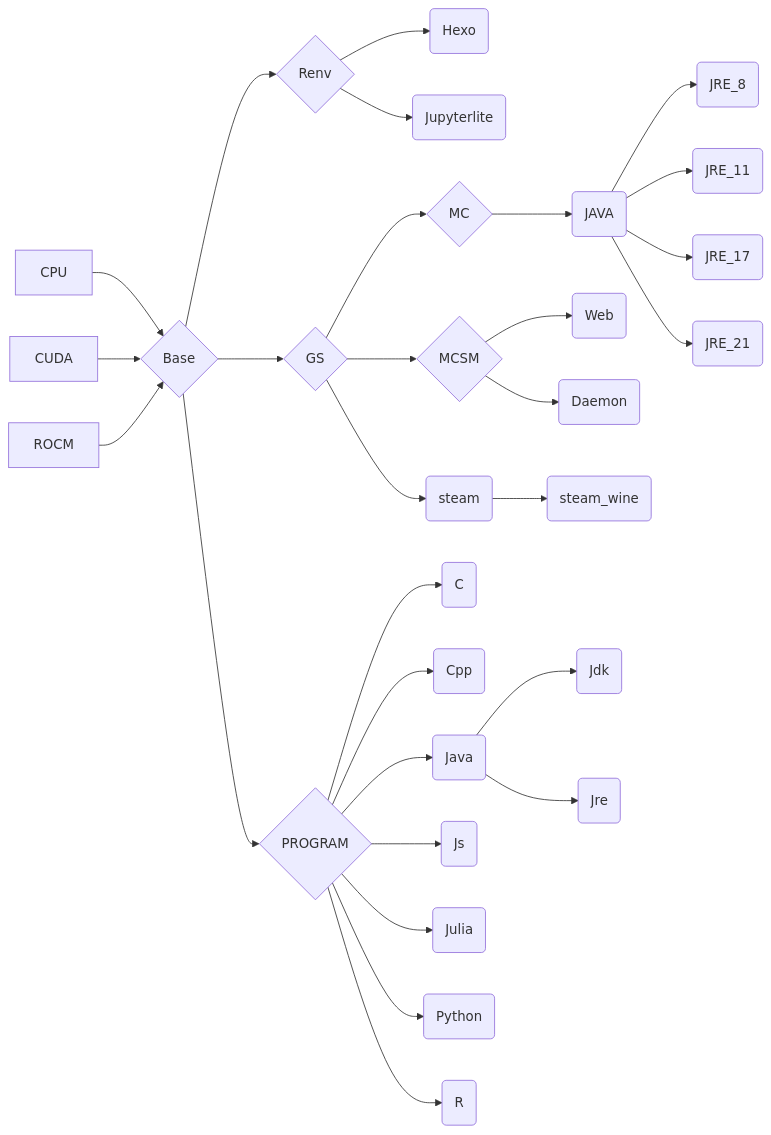
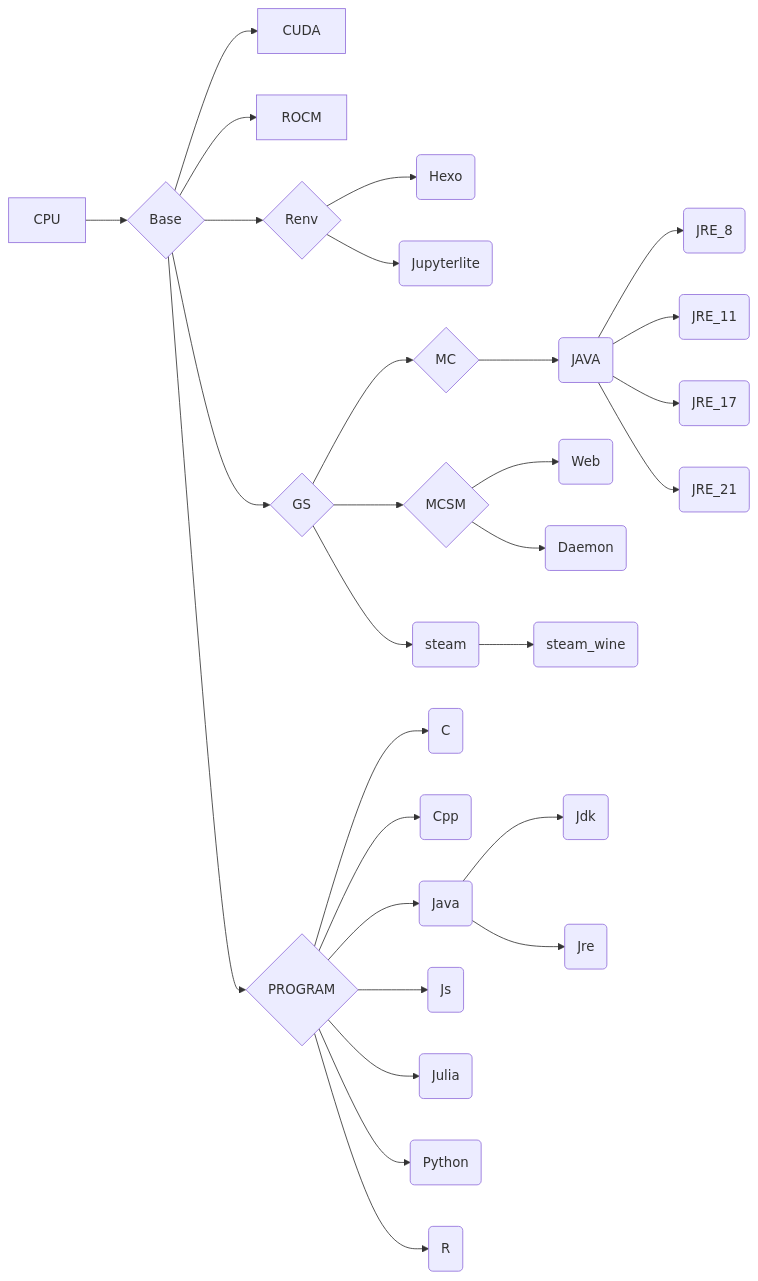
One commit to eoeair/cenv changed the diagram in README.md. Above: the diagram before and after it, drawn with Mermaid. The commit also changed other lines of this file and 4 other files, not shown here.

Commit message:
switch cuda & rocm to base & disable rocm(not support debian13)

````diff
--- a/README.md
+++ b/README.md
@@ -34,33 +34,33 @@
 ```mermaid
 graph LR
 
 CPU-->B{Base}
-CUDA-->B
-ROCM-->B
+B-->CUDA
+B-->ROCM
 
 B-->C{Renv}
 C-->CA(Hexo)
 C-->CB(Jupyterlite)
 
 B-->G{GS}-->GA{MC}-->GAA(JAVA)
 GAA-->GAAA(JRE_8)
 GAA-->GAAB(JRE_11)
 GAA-->GAAC(JRE_17)
 GAA-->GAAD(JRE_21)
 
 G-->GB{MCSM}-->GBA(Web)
 GB-->GBB(Daemon)
 
 G-->GC(steam)-->GCA(steam_wine)
 
 B-->P{PROGRAM}
 P-->PA(C)
 P-->PB(Cpp)
 P-->PC(Java)
 PC-->PCA(Jdk)
 PC-->PCB(Jre)
 P-->PD(Js)
 P-->PE(Julia)
 P-->PF(Python)
 P-->PG(R)
 ```
````
